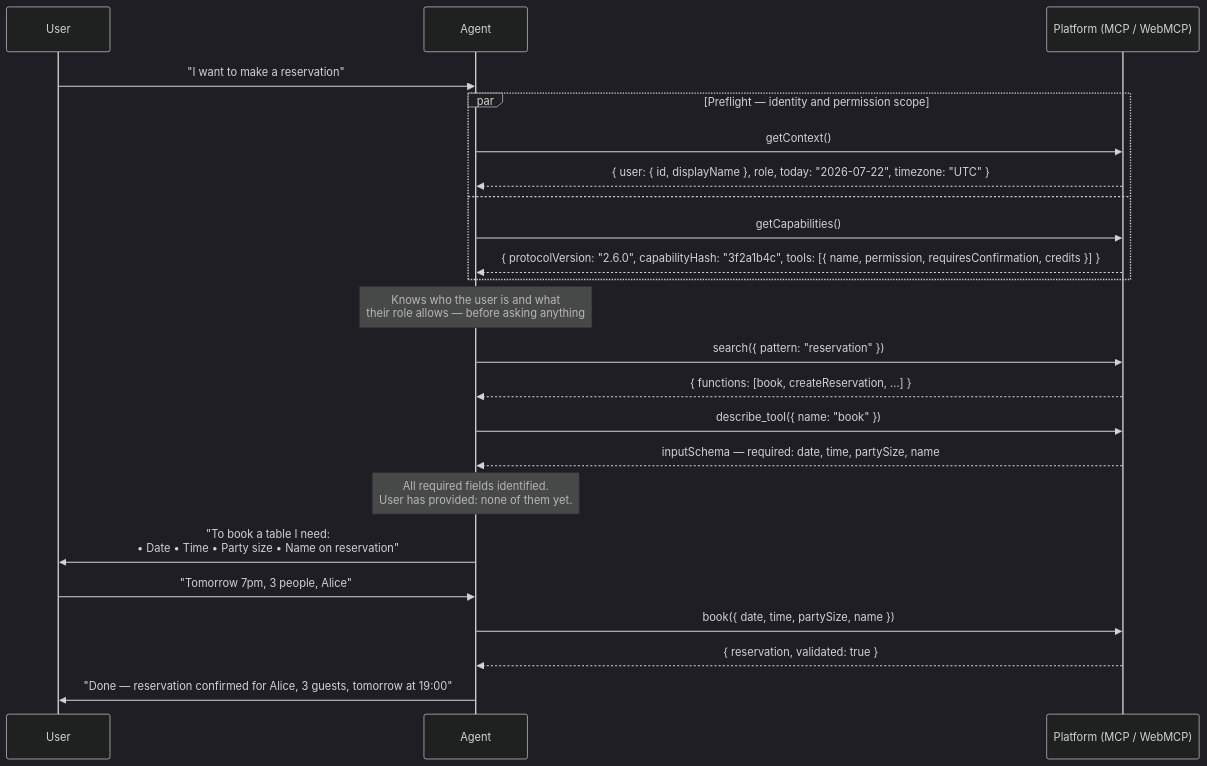
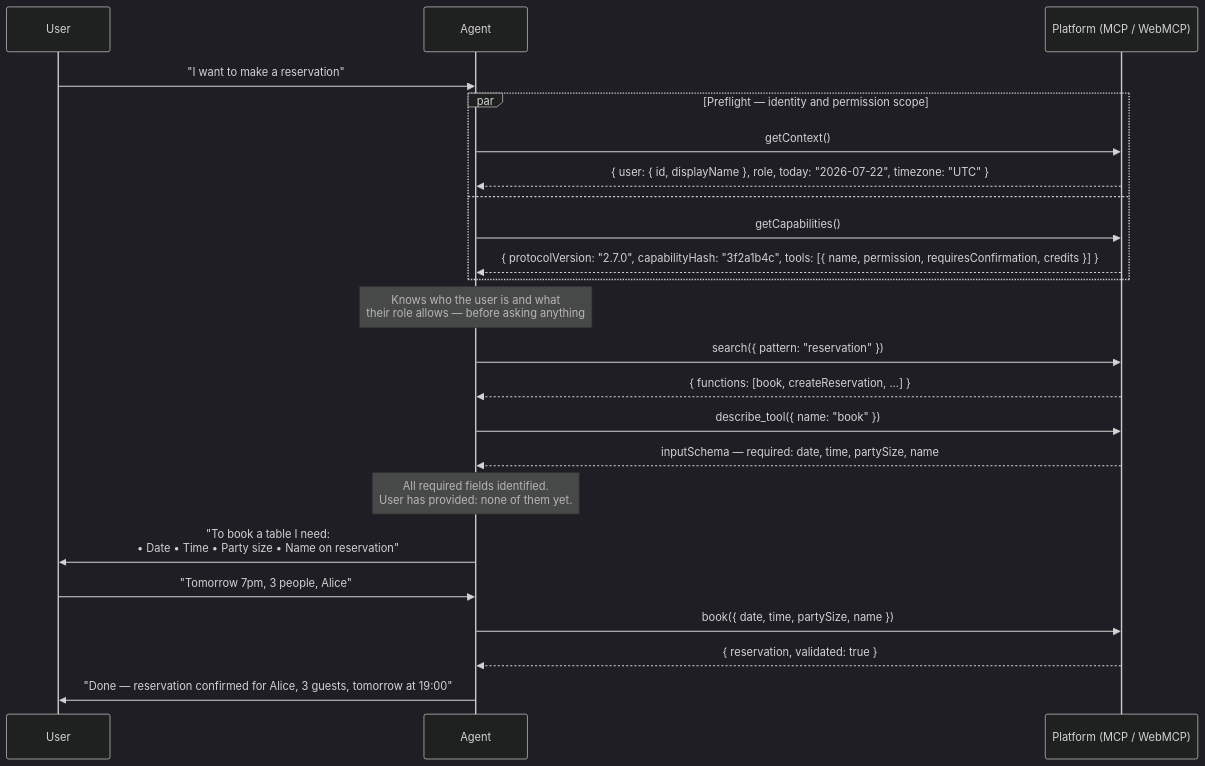
One commit to eliadco5/NavWebmcp changed the third of 4 diagrams in docs/protocol.md. Above: the diagram before and after it, drawn with Mermaid (dark theme). The commit also changed other lines of this file and 29 other files, not shown here.

````diff
--- a/docs/protocol.md
+++ b/docs/protocol.md
@@ -136,35 +136,35 @@
 ```mermaid
 sequenceDiagram
     participant User
     participant Agent
     participant Platform as Platform (MCP / WebMCP)
 
     User->>Agent: "I want to make a reservation"
 
     par Preflight — identity and permission scope
         Agent->>Platform: getContext()
         Platform-->>Agent: { user: { id, displayName }, role, today: "2026-07-22", timezone: "UTC" }
     and
         Agent->>Platform: getCapabilities()
-        Platform-->>Agent: { protocolVersion: "2.6.0", capabilityHash: "3f2a1b4c", tools: [{ name, permission, requiresConfirmation, credits }] }
+        Platform-->>Agent: { protocolVersion: "2.7.0", capabilityHash: "3f2a1b4c", tools: [{ name, permission, requiresConfirmation, credits }] }
     end
 
     Note over Agent: Knows who the user is and what<br/>their role allows — before asking anything
 
     Agent->>Platform: search({ pattern: "reservation" })
     Platform-->>Agent: { functions: [book, createReservation, ...] }
 
     Agent->>Platform: describe_tool({ name: "book" })
     Platform-->>Agent: inputSchema — required: date, time, partySize, name
 
     Note over Agent: All required fields identified.<br/>User has provided: none of them yet.
 
     Agent->>User: "To book a table I need:<br/>• Date  • Time  • Party size  • Name on reservation"
 
     User->>Agent: "Tomorrow 7pm, 3 people, Alice"
 
     Agent->>Platform: book({ date, time, partySize, name })
     Platform-->>Agent: { reservation, validated: true }
 
     Agent->>User: "Done — reservation confirmed for Alice, 3 guests, tomorrow at 19:00"
 ```
````
